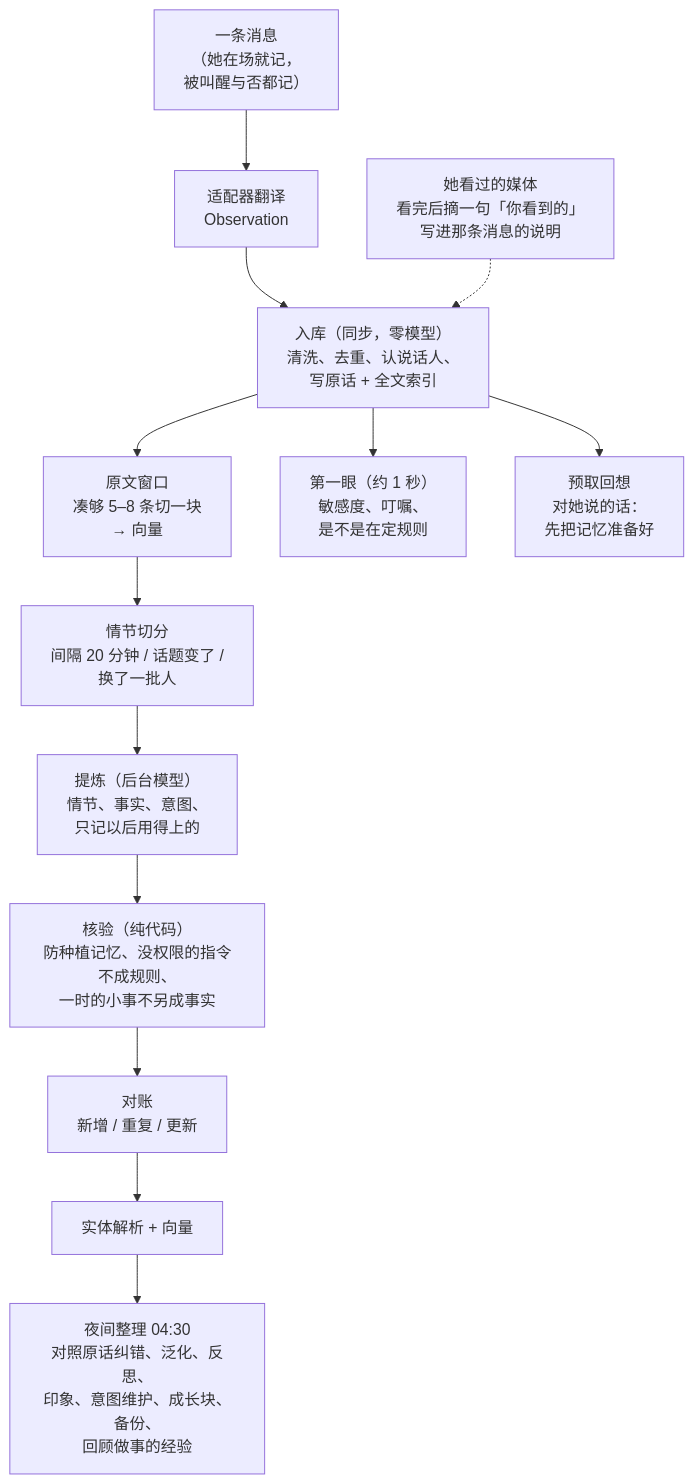
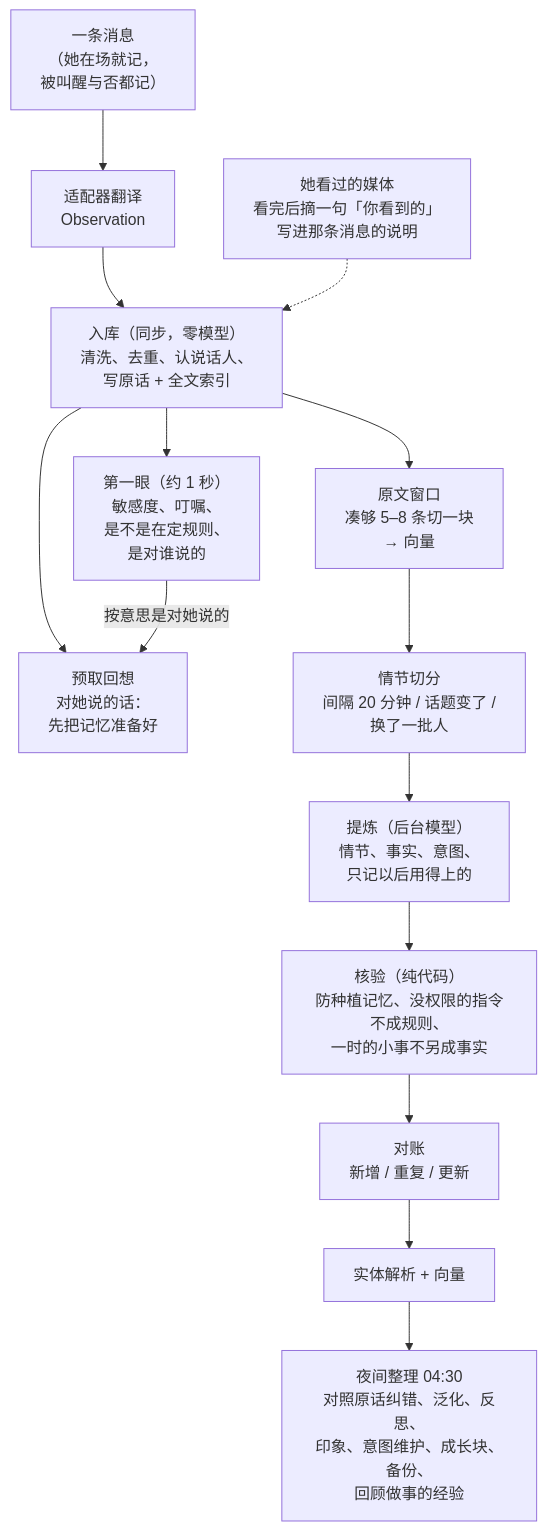
Before and after one commit to QiuYeDx/dsh-rugu: the third of 10 diagrams in docs/图解.md, drawn with Mermaid. The commit also changed other lines of this file and 16 other files, not shown here.

````diff
--- a/docs/图解.md
+++ b/docs/图解.md
@@ -122,15 +122,16 @@
 ```mermaid
 flowchart TB
   M["一条消息<br/>（她在场就记，<br/>被叫醒与否都记）"] --> T["适配器翻译<br/>Observation"]
   T --> I["入库（同步，零模型）<br/>清洗、去重、认说话人、<br/>写原话 + 全文索引"]
   I --> W["原文窗口<br/>凑够 5–8 条切一块<br/>→ 向量"]
-  I --> GL["第一眼（约 1 秒）<br/>敏感度、叮嘱、<br/>是不是在定规则"]
+  I --> GL["第一眼（约 1 秒）<br/>敏感度、叮嘱、<br/>是不是在定规则、<br/>是对谁说的"]
   I --> PF["预取回想<br/>对她说的话：<br/>先把记忆准备好"]
+  GL -->|按意思是对她说的| PF
   W --> SEG["情节切分<br/>间隔 20 分钟 / 话题变了 /<br/>换了一批人"]
   SEG --> EX["提炼（后台模型）<br/>情节、事实、意图、<br/>只记以后用得上的"]
   EX --> V["核验（纯代码）<br/>防种植记忆、没权限的指令不成规则、<br/>一时的小事不另成事实"]
   V --> R["对账<br/>新增 / 重复 / 更新"]
   R --> E2["实体解析 + 向量"]
   E2 --> N["夜间整理 04:30<br/>对照原话纠错、泛化、反思、<br/>印象、意图维护、成长块、备份、<br/>回顾做事的经验"]
   MED["她看过的媒体<br/>看完后摘一句「你看到的」<br/>写进那条消息的说明"] -.-> I
 ```
````
